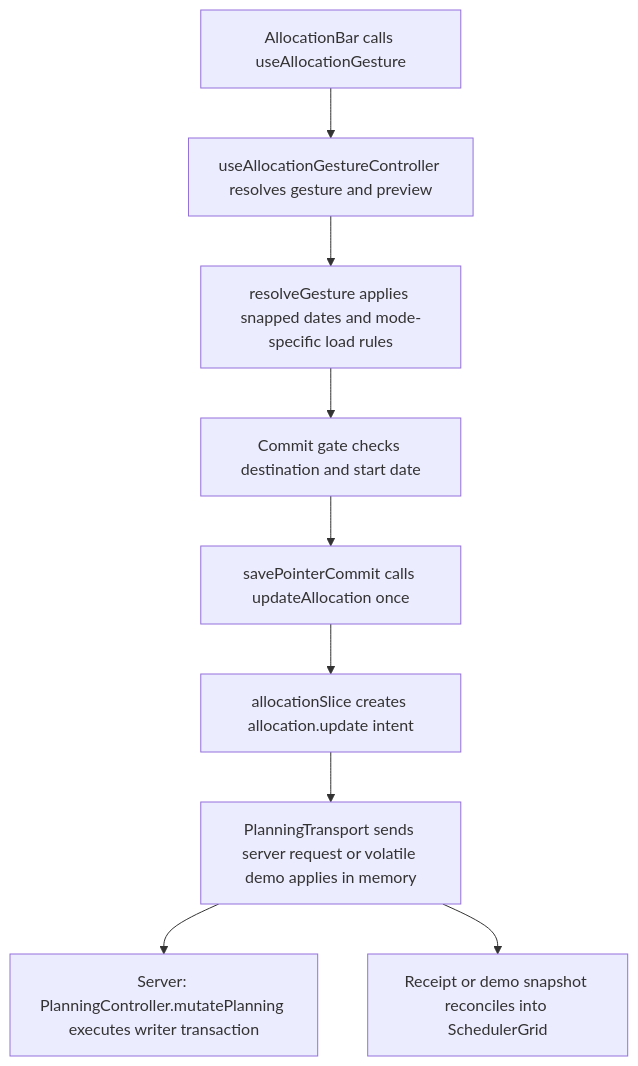
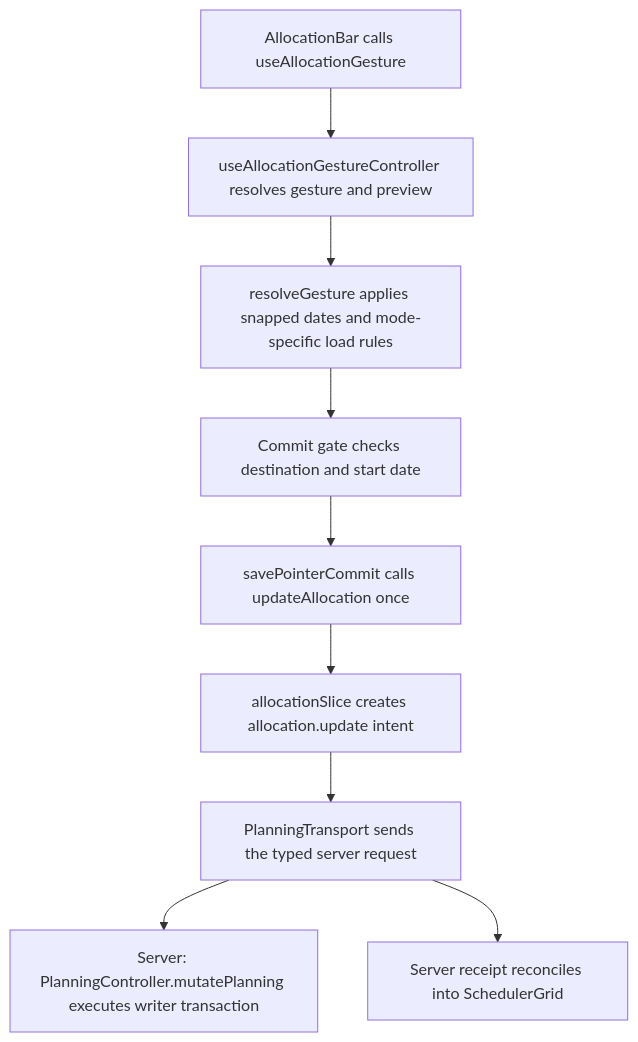
One commit to Kevinjohn/capacitylens changed the second of 2 diagrams in user-stories/scheduler/US-SCH-05-resize.md. Above: the diagram before and after it, drawn with Mermaid. The commit also changed other lines of this file and 343 other files, not shown here.

Commit message:
feat: use server-owned company planning and a disposable development demo

````diff
--- a/user-stories/scheduler/US-SCH-05-resize.md
+++ b/user-stories/scheduler/US-SCH-05-resize.md
@@ -33,11 +33,11 @@
 ```mermaid
 flowchart TD
   A["AllocationBar calls useAllocationGesture"] --> B["useAllocationGestureController resolves gesture and preview"]
   B --> C["resolveGesture applies snapped dates and mode-specific load rules"]
   C --> D["Commit gate checks destination and start date"]
   D --> E["savePointerCommit calls updateAllocation once"]
   E --> F["allocationSlice creates allocation.update intent"]
-  F --> G["PlanningTransport sends server request or volatile demo applies in memory"]
+  F --> G["PlanningTransport sends the typed server request"]
   G --> H["Server: PlanningController.mutatePlanning executes writer transaction"]
-  G --> I["Receipt or demo snapshot reconciles into SchedulerGrid"]
+  G --> I["Server receipt reconciles into SchedulerGrid"]
 ```
````
